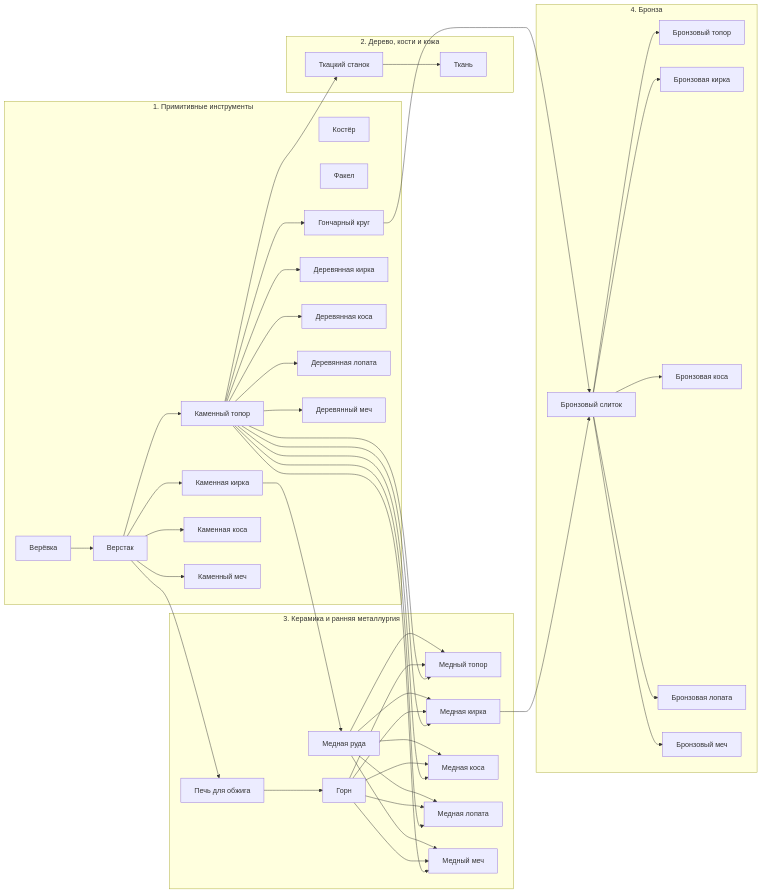
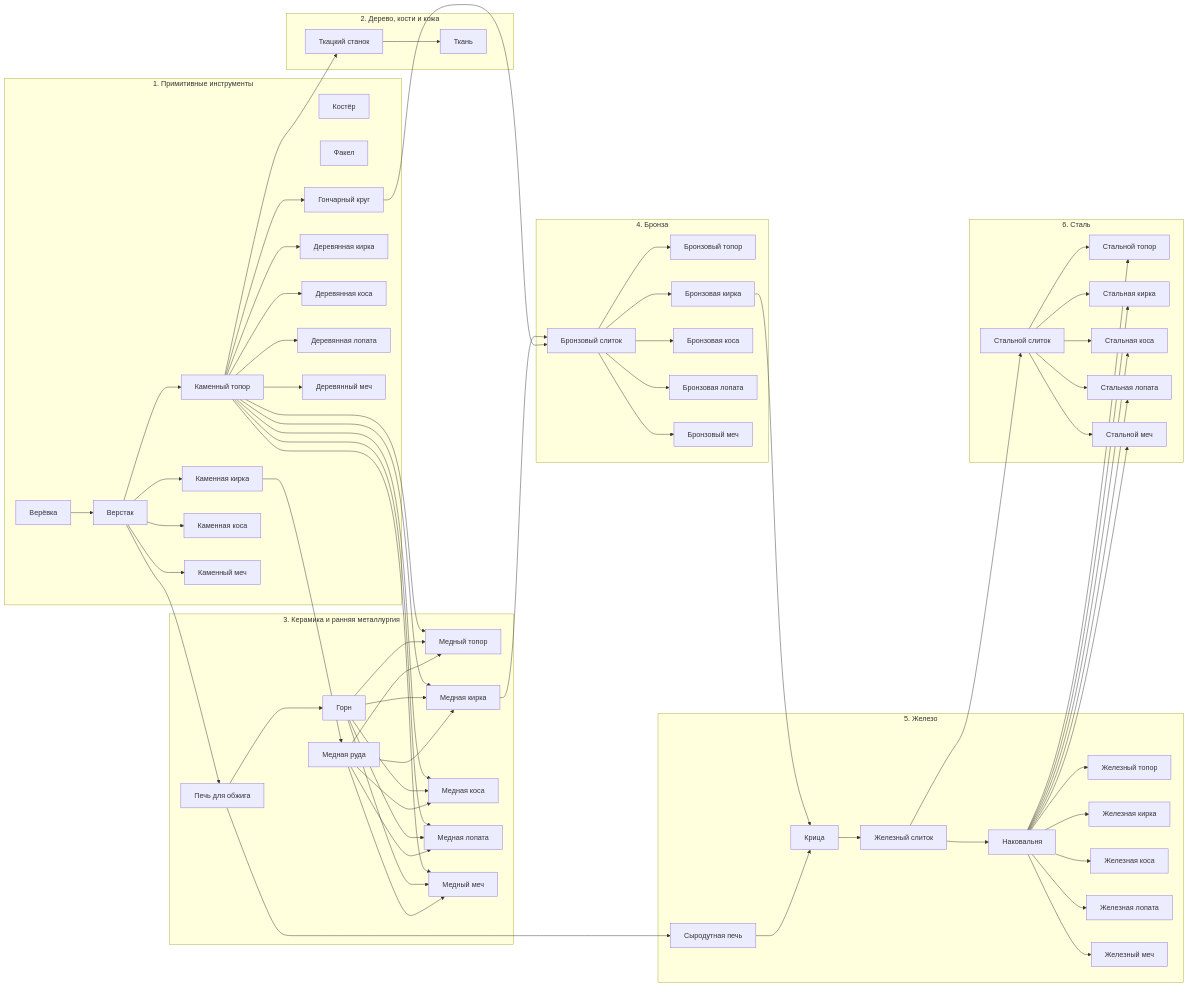
One commit to randomboygh/survivium changed the first of 2 diagrams in docs/generated/content-graph.md. Above: the diagram before and after it, drawn with Mermaid. The commit also changed other lines of this file and 82 other files, not shown here.

````diff
--- a/docs/generated/content-graph.md
+++ b/docs/generated/content-graph.md
@@ -338,73 +394,113 @@
     b3["Верёвка"]
     b4["Факел"]
     b5["Верстак"]
-    b9["Гончарный круг"]
-    b11["Каменный топор"]
-    b14["Каменная кирка"]
-    b15["Деревянная кирка"]
-    b18["Каменная коса"]
-    b19["Деревянная коса"]
-    b22["Деревянная лопата"]
-    b25["Деревянный меч"]
-    b26["Каменный меч"]
+    b13["Гончарный круг"]
+    b16["Каменный топор"]
+    b21["Каменная кирка"]
+    b22["Деревянная кирка"]
+    b27["Каменная коса"]
+    b28["Деревянная коса"]
+    b33["Деревянная лопата"]
+    b38["Деревянный меч"]
+    b39["Каменный меч"]
   end
   subgraph e2["2. Дерево, кости и кожа"]
     b1["Ткань"]
-    b8["Ткацкий станок"]
+    b12["Ткацкий станок"]
   end
   subgraph e3["3. Керамика и ранняя металлургия"]
     b2["Медная руда"]
-    b6["Горн"]
-    b7["Печь для обжига"]
-    b12["Медный топор"]
-    b16["Медная кирка"]
-    b20["Медная коса"]
-    b23["Медная лопата"]
-    b27["Медный меч"]
+    b7["Горн"]
+    b11["Печь для обжига"]
+    b17["Медный топор"]
+    b23["Медная кирка"]
+    b29["Медная коса"]
+    b34["Медная лопата"]
+    b40["Медный меч"]
   end
   subgraph e4["4. Бронза"]
-    b10["Бронзовый слиток"]
-    b13["Бронзовый топор"]
-    b17["Бронзовая кирка"]
-    b21["Бронзовая коса"]
-    b24["Бронзовая лопата"]
-    b28["Бронзовый меч"]
+    b14["Бронзовый слиток"]
+    b18["Бронзовый топор"]
+    b24["Бронзовая кирка"]
+    b30["Бронзовая коса"]
+    b35["Бронзовая лопата"]
+    b41["Бронзовый меч"]
   end
-  b8 --> b1
-  b14 --> b2
+  subgraph e5["5. Железо"]
+    b6["Сыродутная печь"]
+    b8["Крица"]
+    b9["Железный слиток"]
+    b10["Наковальня"]
+    b19["Железный топор"]
+    b25["Железная кирка"]
+    b31["Железная коса"]
+    b36["Железная лопата"]
+    b42["Железный меч"]
+  end
+  subgraph e6["6. Сталь"]
+    b15["Стальной слиток"]
+    b20["Стальной топор"]
+    b26["Стальная кирка"]
+    b32["Стальная коса"]
+    b37["Стальная лопата"]
+    b43["Стальной меч"]
+  end
+  b12 --> b1
+  b21 --> b2
   b3 --> b5
-  b7 --> b6
-  b5 --> b7
-  b11 --> b8
-  b11 --> b9
+  b11 --> b6
+  b11 --> b7
+  b6 --> b8
+  b24 --> b8
+  b8 --> b9
   b9 --> b10
-  b16 --> b10
   b5 --> b11
-  b2 --> b12
-  b6 --> b12
-  b11 --> b12
-  b10 --> b13
-  b5 --> b14
-  b11 --> b15
-  b2 --> b16
-  b6 --> b16
-  b11 --> b16
-  b10 --> b17
-  b5 --> b18
-  b11 --> b19
-  b2 --> b20
-  b6 --> b20
-  b11 --> b20
-  b10 --> b21
-  b11 --> b22
+  b16 --> b12
+  b16 --> b13
+  b13 --> b14
+  b23 --> b14
+  b9 --> b15
+  b5 --> b16
+  b2 --> b17
+  b7 --> b17
+  b16 --> b17
+  b14 --> b18
+  b10 --> b19
+  b10 --> b20
+  b15 --> b20
+  b5 --> b21
+  b16 --> b22
   b2 --> b23
-  b6 --> b23
-  b11 --> b23
-  b10 --> b24
-  b11 --> b25
-  b5 --> b26
-  b2 --> b27
-  b6 --> b27
-  b11 --> b27
-  b10 --> b28
+  b7 --> b23
+  b16 --> b23
+  b14 --> b24
+  b10 --> b25
+  b10 --> b26
+  b15 --> b26
+  b5 --> b27
+  b16 --> b28
+  b2 --> b29
+  b7 --> b29
+  b16 --> b29
+  b14 --> b30
+  b10 --> b31
+  b10 --> b32
+  b15 --> b32
+  b16 --> b33
+  b2 --> b34
+  b7 --> b34
+  b16 --> b34
+  b14 --> b35
+  b10 --> b36
+  b10 --> b37
+  b15 --> b37
+  b16 --> b38
+  b5 --> b39
+  b2 --> b40
+  b7 --> b40
+  b16 --> b40
+  b14 --> b41
+  b10 --> b42
+  b10 --> b43
+  b15 --> b43
 ```
````
